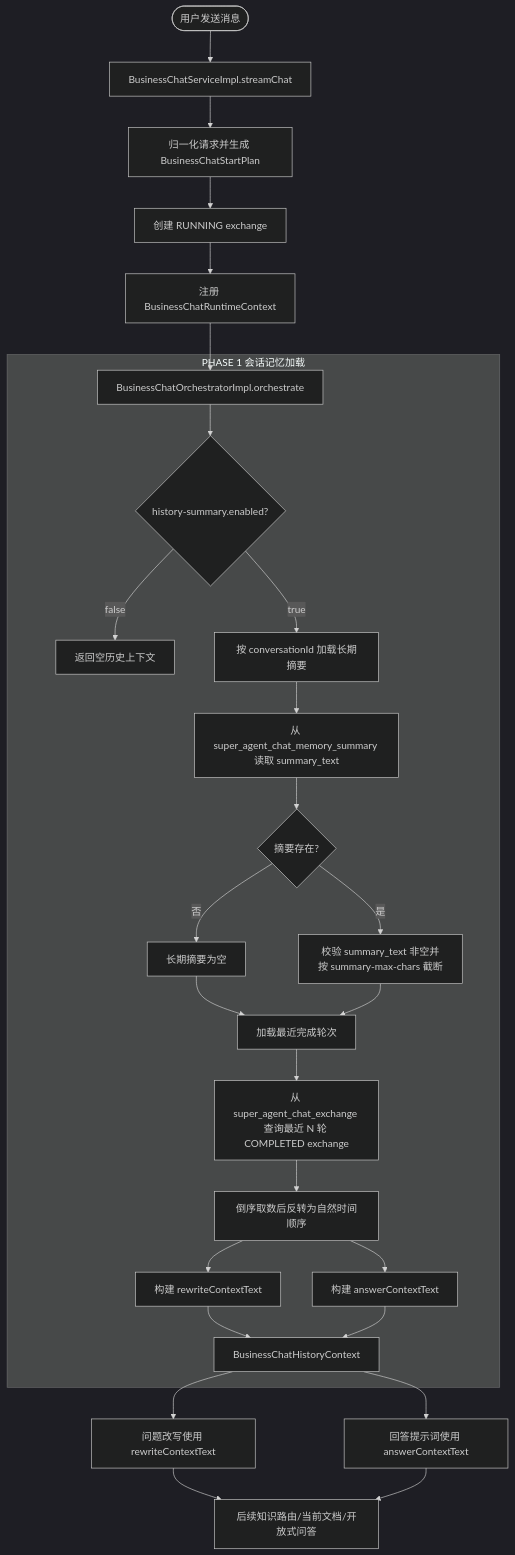
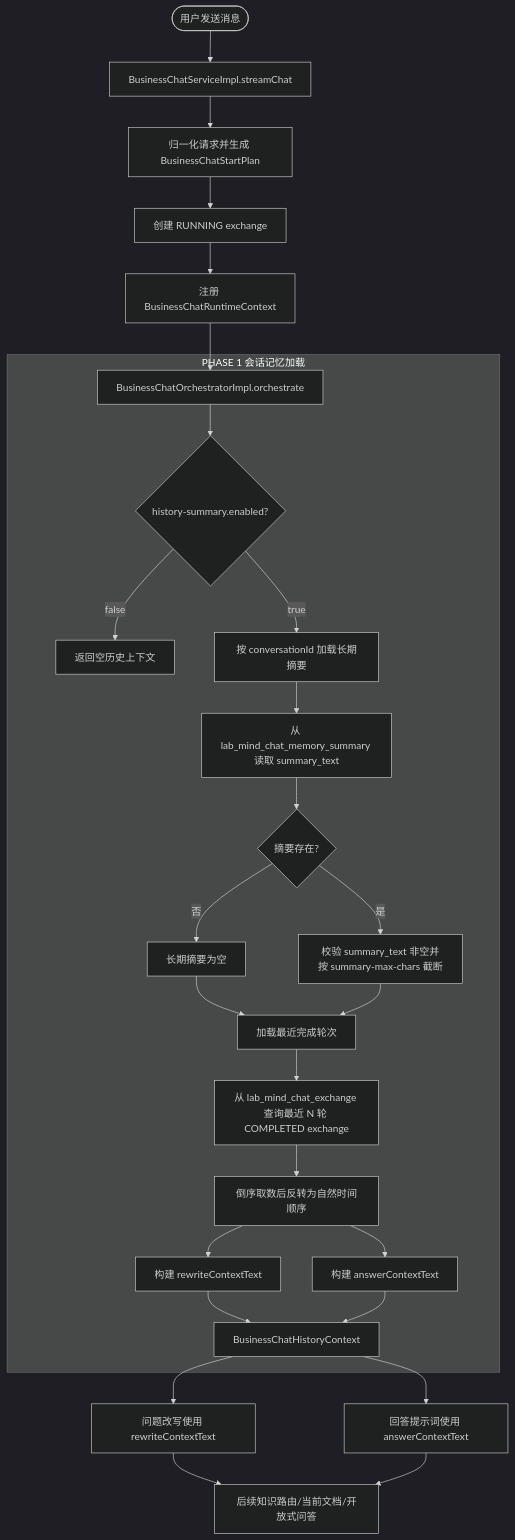
The first of 3 diagrams in docs/chat-memory-phase1.md (sciuridae799/LabMind), drawn with Mermaid (dark theme) before and after one commit. The commit also changed other lines of this file and 891 other files, not shown here.

Commit message:
全量重命名为 LabMind

````diff
--- a/docs/chat-memory-phase1.md
+++ b/docs/chat-memory-phase1.md
@@ -7,31 +7,31 @@
 ```mermaid
 flowchart TD
     A([用户发送消息]) --> B[BusinessChatServiceImpl.streamChat]
     B --> C[归一化请求并生成 BusinessChatStartPlan]
     C --> D[创建 RUNNING exchange]
     D --> E[注册 BusinessChatRuntimeContext]
     E --> F[BusinessChatOrchestratorImpl.orchestrate]
 
     subgraph P1["PHASE 1 会话记忆加载"]
         F --> G{history-summary.enabled?}
         G -- false --> H[返回空历史上下文]
         G -- true --> I[按 conversationId 加载长期摘要]
-        I --> J[从 super_agent_chat_memory_summary 读取 summary_text]
+        I --> J[从 lab_mind_chat_memory_summary 读取 summary_text]
         J --> K{摘要存在?}
         K -- 否 --> L[长期摘要为空]
         K -- 是 --> M[校验 summary_text 非空并按 summary-max-chars 截断]
         L --> N[加载最近完成轮次]
         M --> N
-        N --> O[从 super_agent_chat_exchange 查询最近 N 轮 COMPLETED exchange]
+        N --> O[从 lab_mind_chat_exchange 查询最近 N 轮 COMPLETED exchange]
         O --> P[倒序取数后反转为自然时间顺序]
         P --> Q[构建 rewriteContextText]
         P --> R[构建 answerContextText]
         Q --> S[BusinessChatHistoryContext]
         R --> S
     end
 
     S --> T[问题改写使用 rewriteContextText]
     S --> U[回答提示词使用 answerContextText]
     T --> V[后续知识路由/当前文档/开放式问答]
     U --> V
 ```
````
